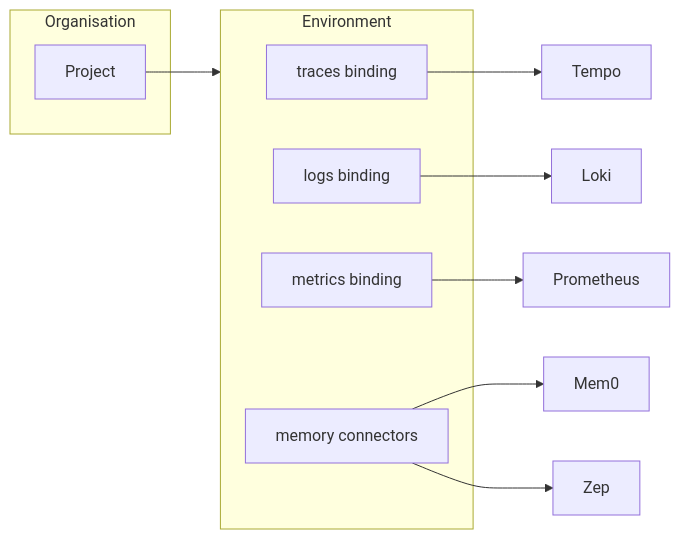
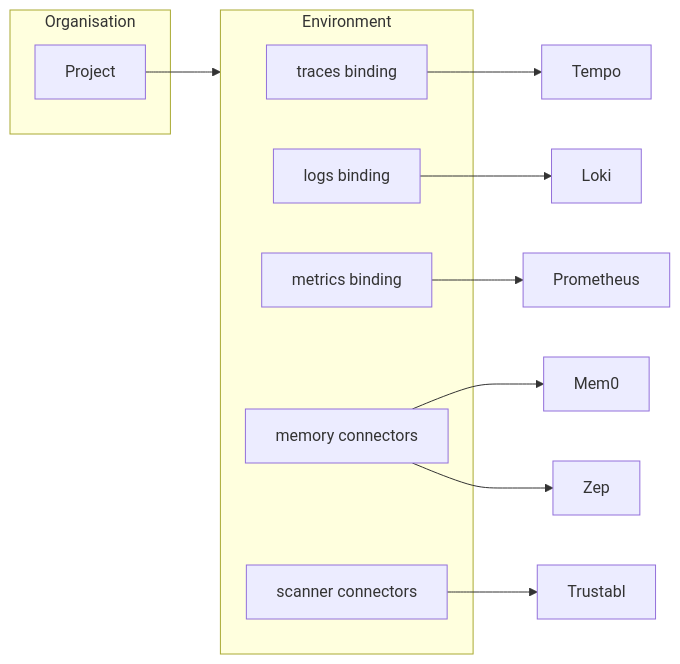
The diagram in docs/latest/openlit/connectors/overview.mdx (openlit/openlit), drawn with Mermaid before and after one commit. The commit also changed other lines of this file and 88 other files, not shown here.

Commit message:
feat: add Trustabl scanner connectors with jobs and findings (#1586)

````diff
--- a/docs/latest/openlit/connectors/overview.mdx
+++ b/docs/latest/openlit/connectors/overview.mdx
@@ -33,18 +36,20 @@
 ```mermaid
 flowchart LR
   subgraph org [Organisation]
     proj[Project]
   end
   subgraph env [Environment]
     bindT[traces binding]
     bindL[logs binding]
     bindM[metrics binding]
     mem[memory connectors]
+    scan[scanner connectors]
   end
   proj --> env
   bindT --> DS1[Tempo]
   bindL --> DS2[Loki]
   bindM --> DS3[Prometheus]
   mem --> M1[Mem0]
   mem --> M2[Zep]
+  scan --> S1[Trustabl]
 ```
````
